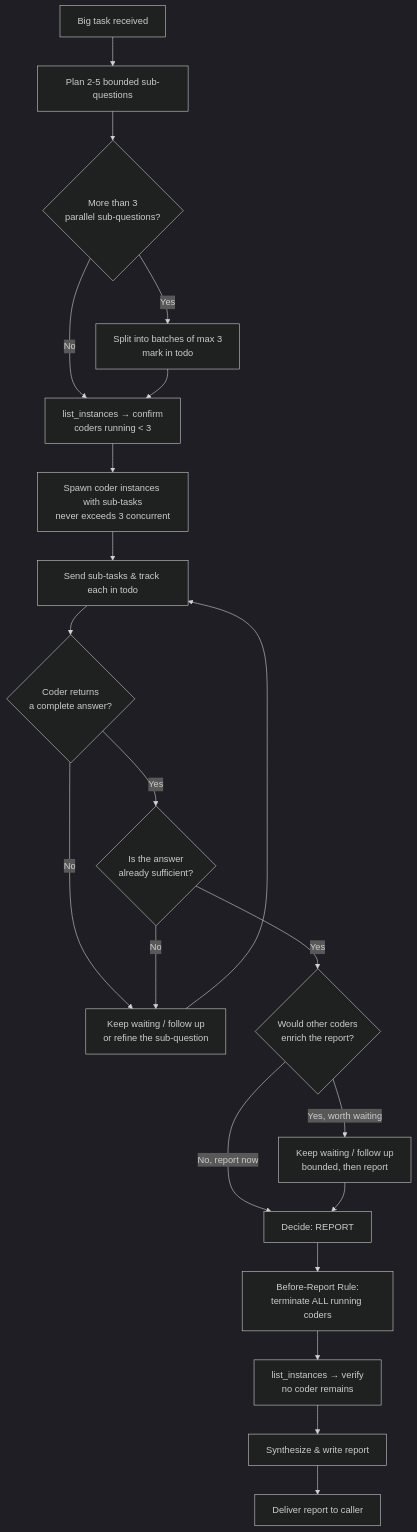
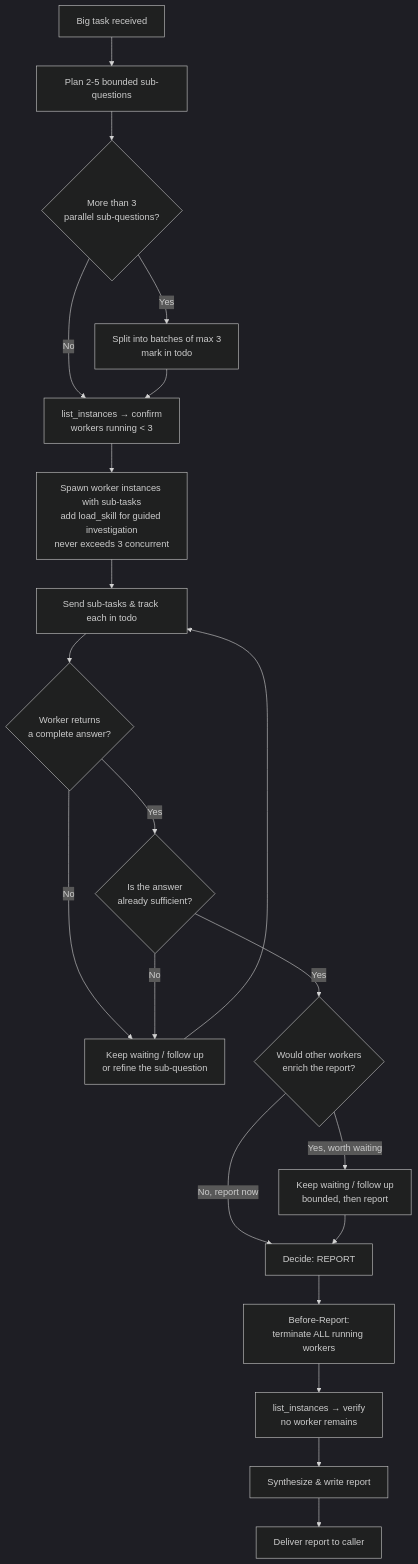
Before and after one commit to disillusioners/ensemble: the diagram in agents/wanderer/workflow.md, drawn with Mermaid (dark theme). The commit also changed other lines of this file and 9 other files, not shown here.

Commit message:
feat: migrate wanderer agent from coder to worker with v2 skill pattern

````diff
--- a/agents/wanderer/workflow.md
+++ b/agents/wanderer/workflow.md
@@ -40,23 +42,23 @@
 ```mermaid
 flowchart TD
     A[Big task received] --> B[Plan 2-5 bounded sub-questions]
     B --> C{More than 3<br/>parallel sub-questions?}
     C -- Yes --> D[Split into batches of max 3<br/>mark in todo]
-    C -- No --> E[list_instances → confirm<br/>coders running &lt; 3]
+    C -- No --> E[list_instances → confirm<br/>workers running &lt; 3]
     D --> E
-    E --> F[Spawn coder instances with sub-tasks<br/>never exceeds 3 concurrent]
+    E --> F[Spawn worker instances with sub-tasks<br/>add load_skill for guided investigation<br/>never exceeds 3 concurrent]
     F --> G[Send sub-tasks & track each in todo]
-    G --> H{Coder returns<br/>a complete answer?}
+    G --> H{Worker returns<br/>a complete answer?}
     H -- No --> I[Keep waiting / follow up<br/>or refine the sub-question]
     I --> G
     H -- Yes --> J{Is the answer<br/>already sufficient?}
     J -- No --> I
-    J -- Yes --> K{Would other coders<br/>enrich the report?}
+    J -- Yes --> K{Would other workers<br/>enrich the report?}
     K -- No, report now --> L[Decide: REPORT]
     K -- Yes, worth waiting --> M[Keep waiting / follow up<br/>bounded, then report]
     M --> L
-    L --> N[Before-Report Rule:<br/>terminate ALL running coders]
-    N --> O[list_instances → verify<br/>no coder remains]
+    L --> N[Before-Report:<br/>terminate ALL running workers]
+    N --> O[list_instances → verify<br/>no worker remains]
     O --> P[Synthesize & write report]
     P --> Q[Deliver report to caller]
 ```
````
